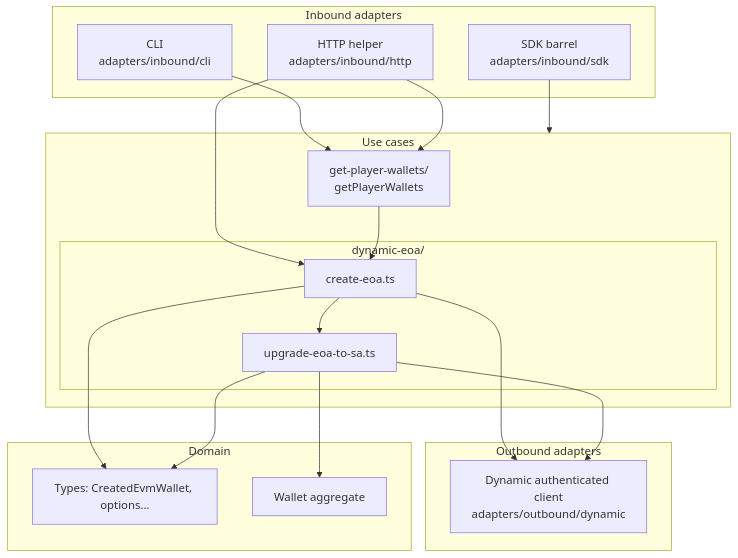
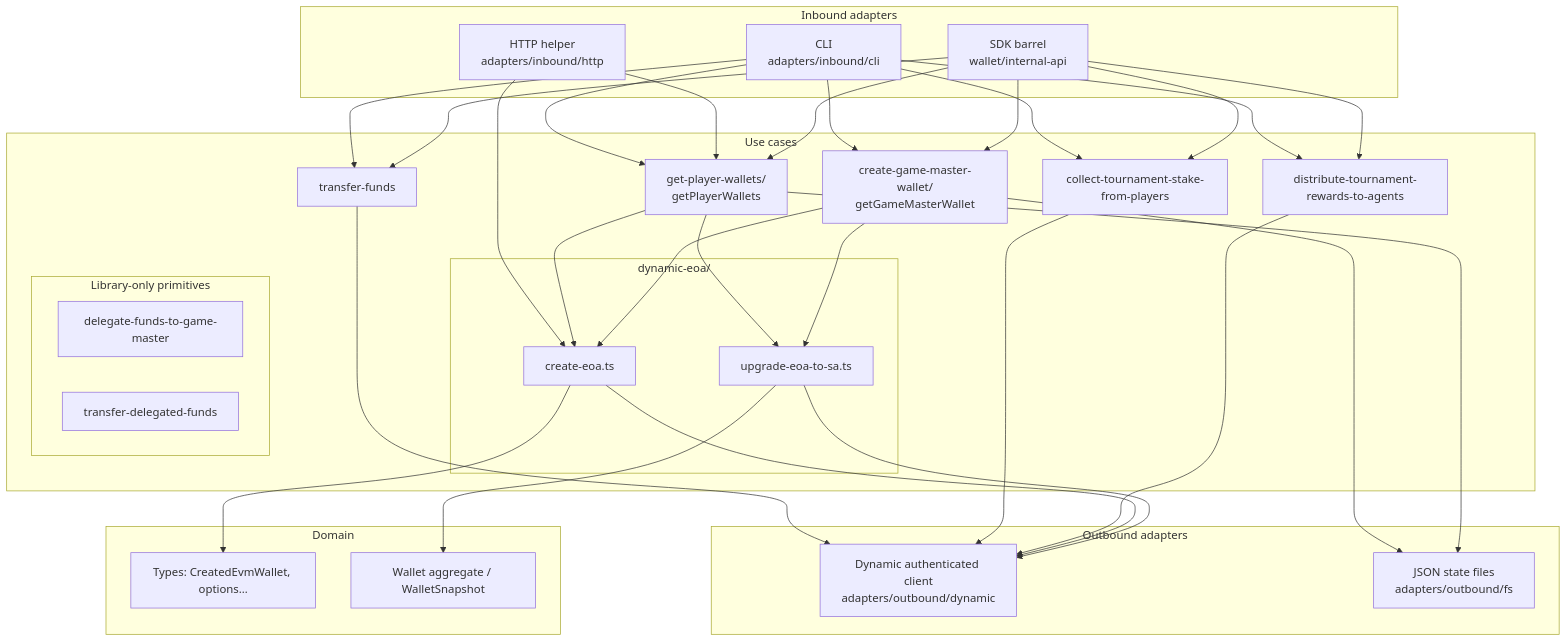
The diagram in wallet/README.md (dayksx/agentic-axelrod), drawn with Mermaid before and after one commit. The commit also changed other lines of this file, not shown here.

````diff
--- a/wallet/README.md
+++ b/wallet/README.md
@@ -34,33 +39,56 @@
 ```mermaid
 flowchart TB
   subgraph inbound["Inbound adapters"]
     CLI["CLI\nadapters/inbound/cli"]
     HTTP["HTTP helper\nadapters/inbound/http"]
-    SDK["SDK barrel\nadapters/inbound/sdk"]
+    SDK["SDK barrel\nwallet/internal-api"]
   end
   subgraph usecase["Use cases"]
+    GM["create-game-master-wallet/\ngetGameMasterWallet"]
+    GPW["get-player-wallets/\ngetPlayerWallets"]
+    TF["transfer-funds"]
+    CTS["collect-tournament-stake-from-players"]
+    DTR["distribute-tournament-rewards-to-agents"]
     subgraph de["dynamic-eoa/"]
       CE["create-eoa.ts"]
       UP["upgrade-eoa-to-sa.ts"]
     end
-    GPW["get-player-wallets/\ngetPlayerWallets"]
+    subgraph libonly["Library-only primitives"]
+      DF["delegate-funds-to-game-master"]
+      TDF["transfer-delegated-funds"]
+    end
   end
   subgraph outbound["Outbound adapters"]
     DYN["Dynamic authenticated client\nadapters/outbound/dynamic"]
+    FS["JSON state files\nadapters/outbound/fs"]
   end
   subgraph domain["Domain"]
     TYPES["Types: CreatedEvmWallet, options…"]
-    WALLET["Wallet aggregate"]
+    WALLET["Wallet aggregate / WalletSnapshot"]
   end
+  CLI --> GM
   CLI --> GPW
+  CLI --> TF
+  CLI --> CTS
+  CLI --> DTR
   HTTP --> GPW
   HTTP --> CE
-  SDK --> usecase
+  SDK --> GPW
+  SDK --> GM
+  SDK --> TF
+  SDK --> CTS
+  SDK --> DTR
   GPW --> CE
-  CE --> UP
+  GPW --> UP
+  GM --> CE
+  GM --> UP
+  TF --> DYN
+  CTS --> DYN
+  DTR --> DYN
   CE --> DYN
   UP --> DYN
+  GM --> FS
+  GPW --> FS
   CE --> TYPES
   UP --> WALLET
-  UP --> TYPES
 ```
````
